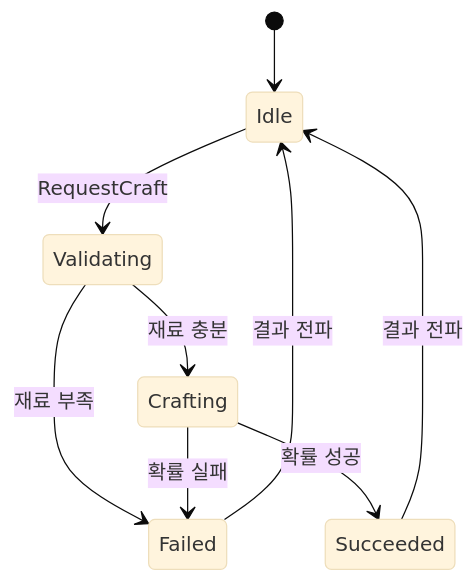
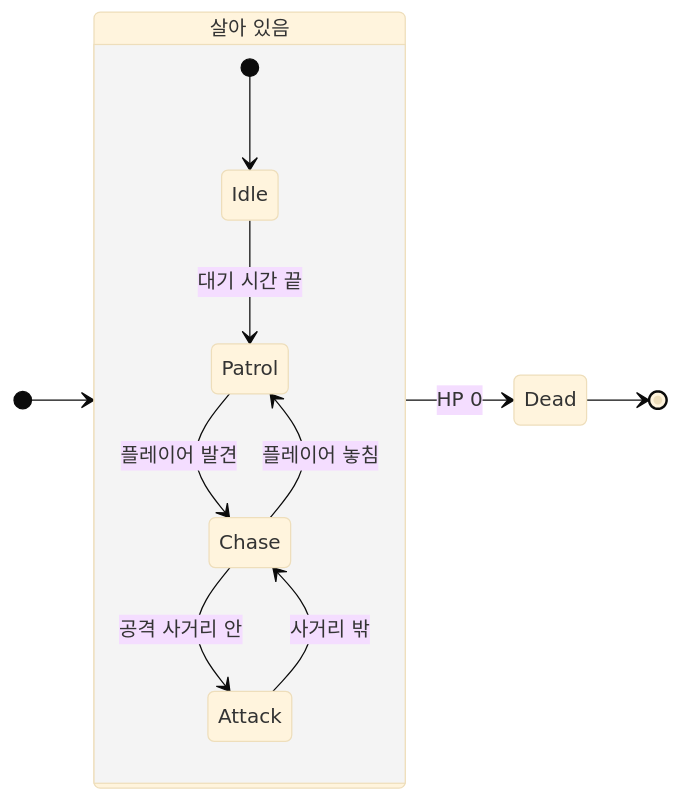
One commit to KooHoo-Dev/edu-lecture-portfolio-guide changed the third of 5 diagrams in src/04-mermaid-diagrams.md. Above: the diagram before and after it, drawn with Mermaid (base theme). The commit also changed other lines of this file and 14 other files, not shown here.

First line of the commit message:
Part 4: 다이어그램 종류를 설명하는 것에 맞춰 고르기

````diff
--- a/src/04-mermaid-diagrams.md
+++ b/src/04-mermaid-diagrams.md
@@ -161,11 +223,15 @@
 ```mermaid
 stateDiagram-v2
-    [*] --> Idle
-    Idle --> Validating : RequestCraft
-    Validating --> Failed : 재료 부족
-    Validating --> Crafting : 재료 충분
-    Crafting --> Succeeded : 확률 성공
-    Crafting --> Failed : 확률 실패
-    Succeeded --> Idle : 결과 전파
-    Failed --> Idle : 결과 전파
+    direction LR
+    [*] --> Alive
+    state "살아 있음" as Alive {
+        [*] --> Idle
+        Idle --> Patrol : 대기 시간 끝
+        Patrol --> Chase : 플레이어 발견
+        Chase --> Attack : 공격 사거리 안
+        Attack --> Chase : 사거리 밖
+        Chase --> Patrol : 플레이어 놓침
+    }
+    Alive --> Dead : HP 0
+    Dead --> [*]
 ```
````
